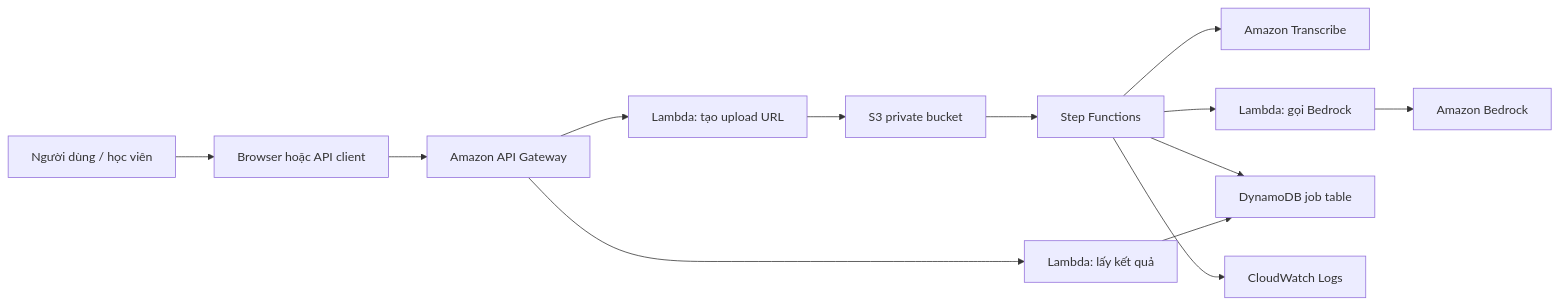
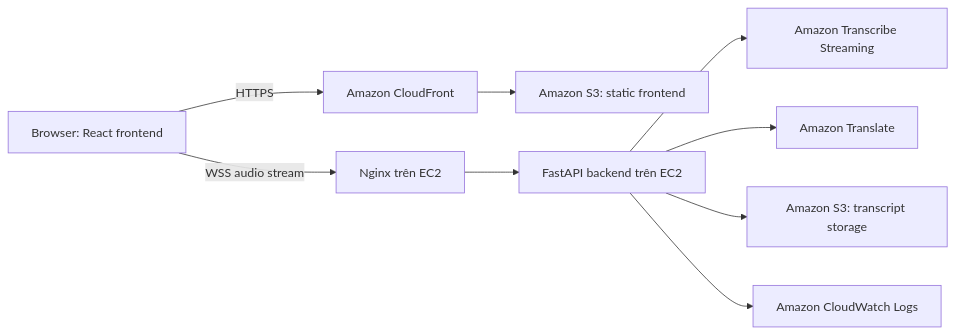
Before and after one commit to 9ducanh9/fcj-workshop-template: the diagram in content/5-Workshop/5.1-Workshop-overview/_index.vi.md, drawn with Mermaid. The commit also changed other lines of this file and 29 other files, not shown here.

````diff
--- a/content/5-Workshop/5.1-Workshop-overview/_index.vi.md
+++ b/content/5-Workshop/5.1-Workshop-overview/_index.vi.md
@@ -24,15 +29,11 @@
-{{< mermaid align="left" >}}
+```mermaid
 flowchart LR
-  User["Người dùng / học viên"] --> Client["Browser hoặc API client"]
-  Client --> APIGW["Amazon API Gateway"]
-  APIGW --> UploadFn["Lambda: tạo upload URL"]
-  APIGW --> ResultFn["Lambda: lấy kết quả"]
-  UploadFn --> S3["S3 private bucket"]
-  S3 --> Workflow["Step Functions"]
-  Workflow --> Transcribe["Amazon Transcribe"]
-  Workflow --> AnalyzeFn["Lambda: gọi Bedrock"]
-  AnalyzeFn --> Bedrock["Amazon Bedrock"]
-  Workflow --> DDB["DynamoDB job table"]
-  ResultFn --> DDB
-  Workflow --> Logs["CloudWatch Logs"]
-{{< /mermaid >}}
+  Browser["Browser: React frontend"] -->|HTTPS| CloudFront["Amazon CloudFront"]
+  CloudFront --> S3Frontend["Amazon S3: static frontend"]
+  Browser -->|WSS audio stream| Nginx["Nginx trên EC2"]
+  Nginx --> FastAPI["FastAPI backend trên EC2"]
+  FastAPI --> Transcribe["Amazon Transcribe Streaming"]
+  FastAPI --> Translate["Amazon Translate"]
+  FastAPI --> S3Transcripts["Amazon S3: transcript storage"]
+  FastAPI --> CloudWatch["Amazon CloudWatch Logs"]
+```
````
